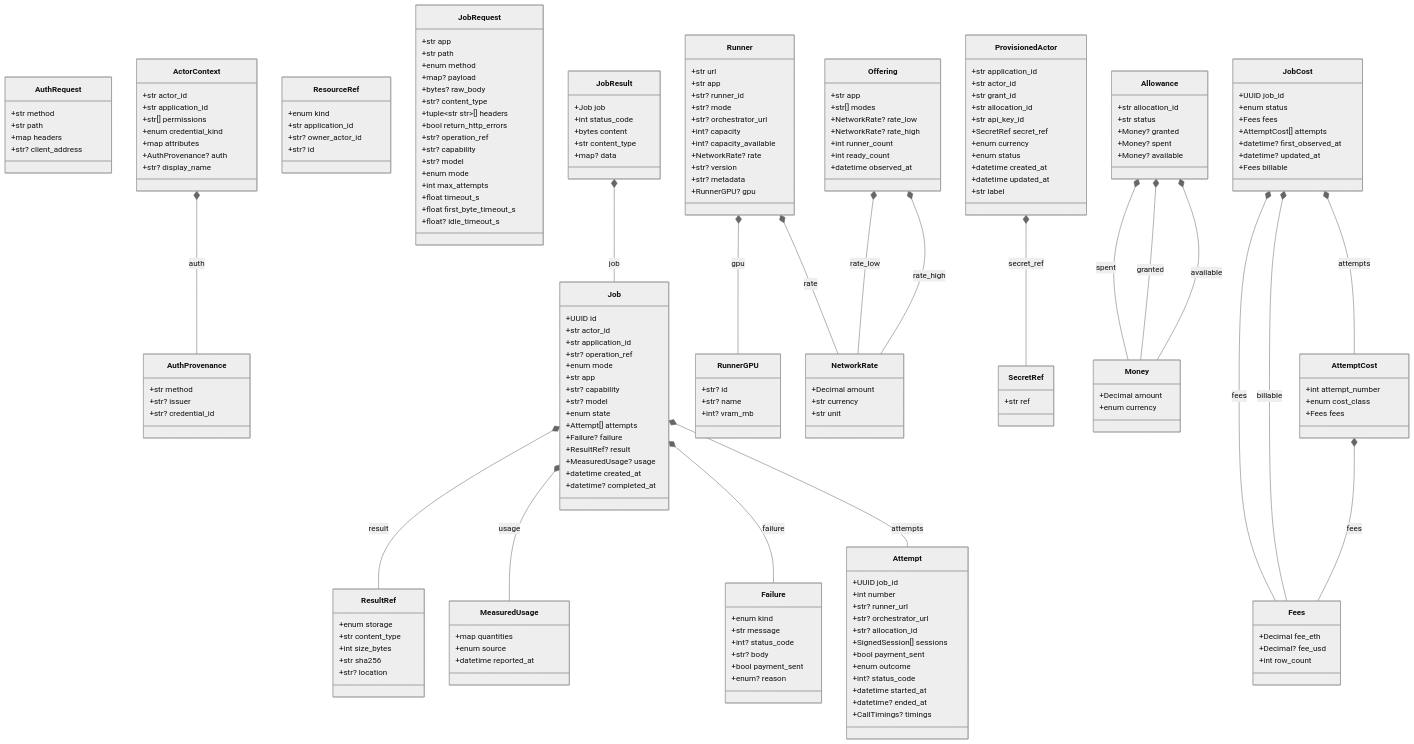
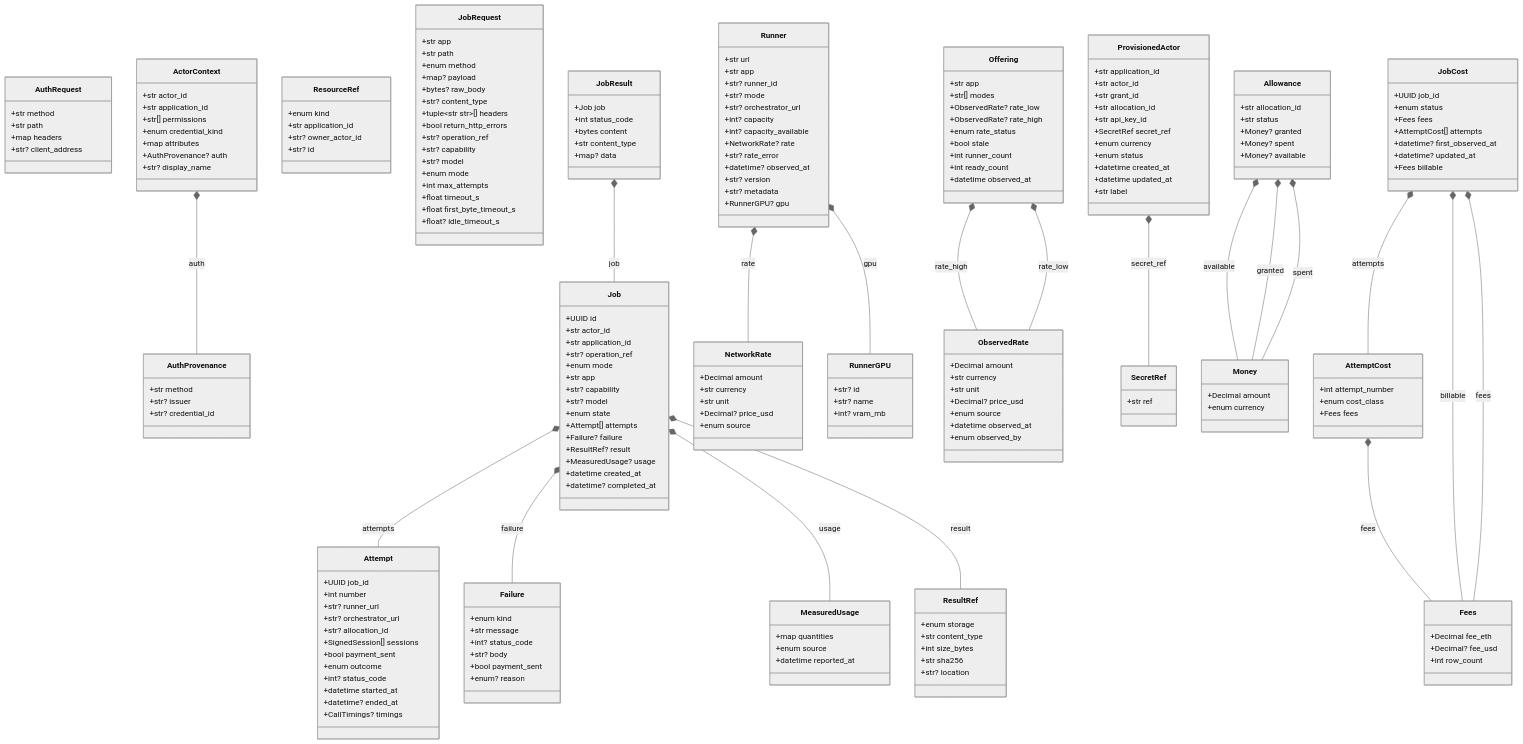
One commit to NE-Build-Track/livepeer-builder-core changed the diagram in docs/generated/contracts.md. Above: the diagram before and after it, drawn with Mermaid (neutral theme). The commit also changed 42 other files, not shown here.

First line of the commit message:
feat(offerings): ISS-10: network rates as advertised, with source and age (#77)

```diff
--- a/docs/generated/contracts.md
+++ b/docs/generated/contracts.md
@@ -117,6 +117,8 @@
         +int? capacity
         +int? capacity_available
         +NetworkRate? rate
+        +str? rate_error
+        +datetime? observed_at
         +str? version
         +str? metadata
         +RunnerGPU? gpu
@@ -130,12 +132,25 @@
         +Decimal amount
         +str currency
         +str unit
+        +Decimal? price_usd
+        +enum source
+    }
+    class ObservedRate {
+        +Decimal amount
+        +str currency
+        +str unit
+        +Decimal? price_usd
+        +enum source
+        +datetime observed_at
+        +enum observed_by
     }
     class Offering {
         +str app
         +str[] modes
-        +NetworkRate? rate_low
-        +NetworkRate? rate_high
+        +ObservedRate? rate_low
+        +ObservedRate? rate_high
+        +enum rate_status
+        +bool stale
         +int runner_count
         +int ready_count
         +datetime observed_at
@@ -199,8 +214,8 @@
     JobCost *-- Fees : billable
     JobCost *-- Fees : fees
     JobResult *-- Job : job
-    Offering *-- NetworkRate : rate_high
-    Offering *-- NetworkRate : rate_low
+    Offering *-- ObservedRate : rate_high
+    Offering *-- ObservedRate : rate_low
     ProvisionedActor *-- SecretRef : secret_ref
     Runner *-- NetworkRate : rate
     Runner *-- RunnerGPU : gpu
```
